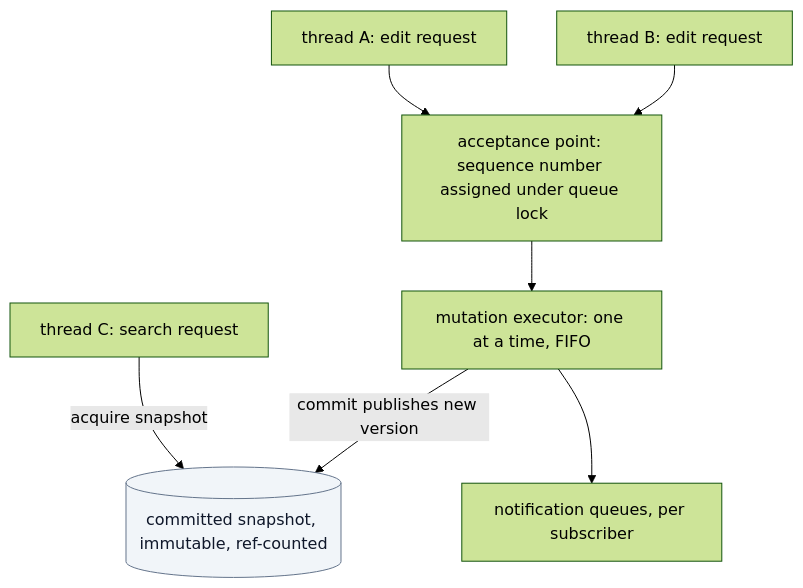
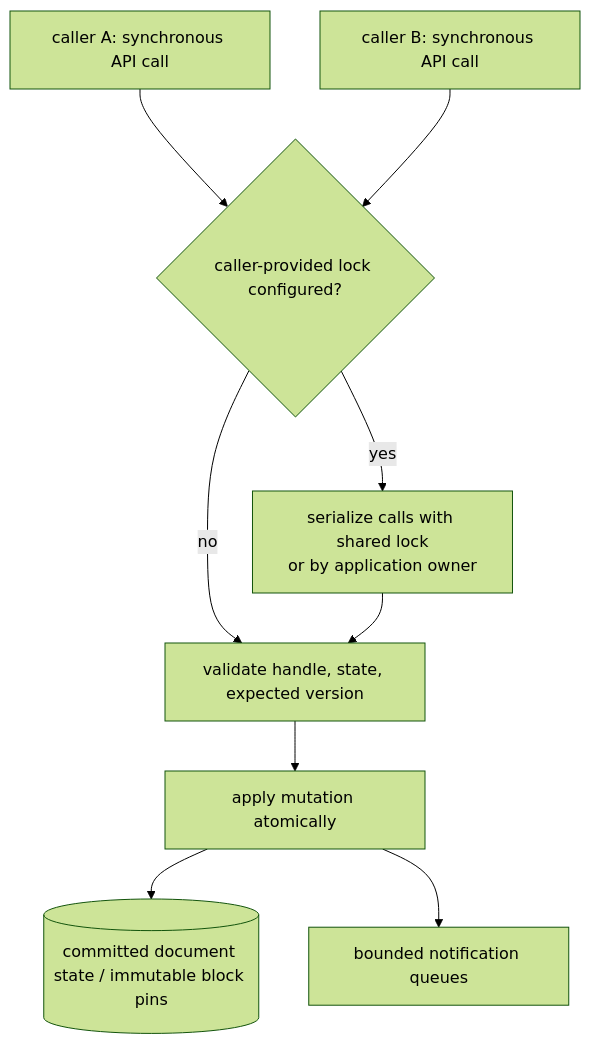
One commit to cdin-editor/spec changed the diagram in docs/architecture/concurrency.md. Above: the diagram before and after it, drawn with Mermaid (forest theme). The commit also changed other lines of this file and 36 other files, not shown here.

First line of the commit message:
docs(spec)!: establish the CDIN architecture baseline v1.0.0

````diff
--- a/docs/architecture/concurrency.md
+++ b/docs/architecture/concurrency.md
@@ -17,19 +17,18 @@
 ```mermaid
 flowchart TB
-    T1["thread A: edit request"]
-    T2["thread B: edit request"]
-    T3["thread C: search request"]
-    Q["acceptance point: sequence number assigned under queue lock"]
-    M["mutation executor: one at a time, FIFO"]
-    S[("committed snapshot, immutable, ref-counted")]
-    N["notification queues, per subscriber"]
-
-    T1 --> Q
-    T2 --> Q
-    Q --> M
-    M -- "commit publishes new version" --> S
-    T3 -- "acquire snapshot" --> S
+    A["caller A: synchronous API call"]
+    B["caller B: synchronous API call"]
+    L{"caller-provided lock configured?"}
+    S["serialize calls with shared lock<br/>or by application owner"]
+    V["validate handle, state, expected version"]
+    M["apply mutation atomically"]
+    D[("committed document state / immutable block pins")]
+    N["bounded notification queues"]
+    A --> L
+    B --> L
+    L -- "yes" --> S
+    L -- "no" --> V
+    S --> V
+    V --> M --> D
     M --> N
-    classDef ext fill:#f1f5f9,stroke:#64748b,color:#0f172a
-    class S ext
 ```
````
